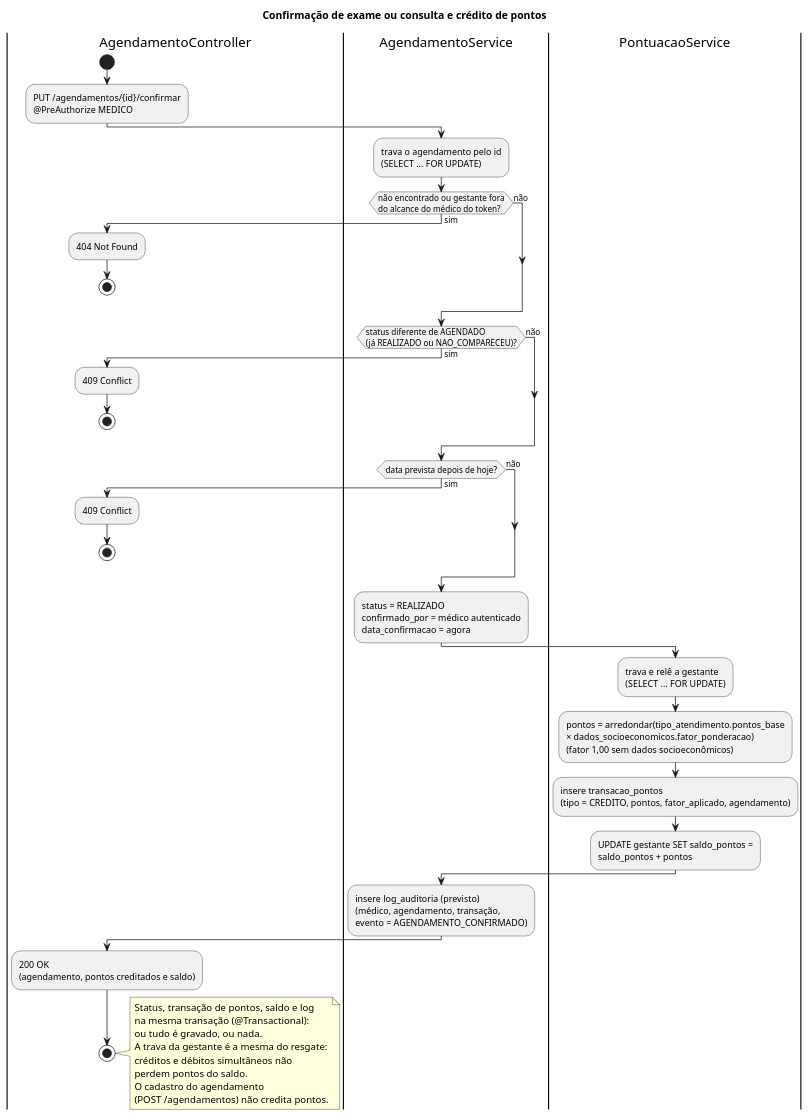
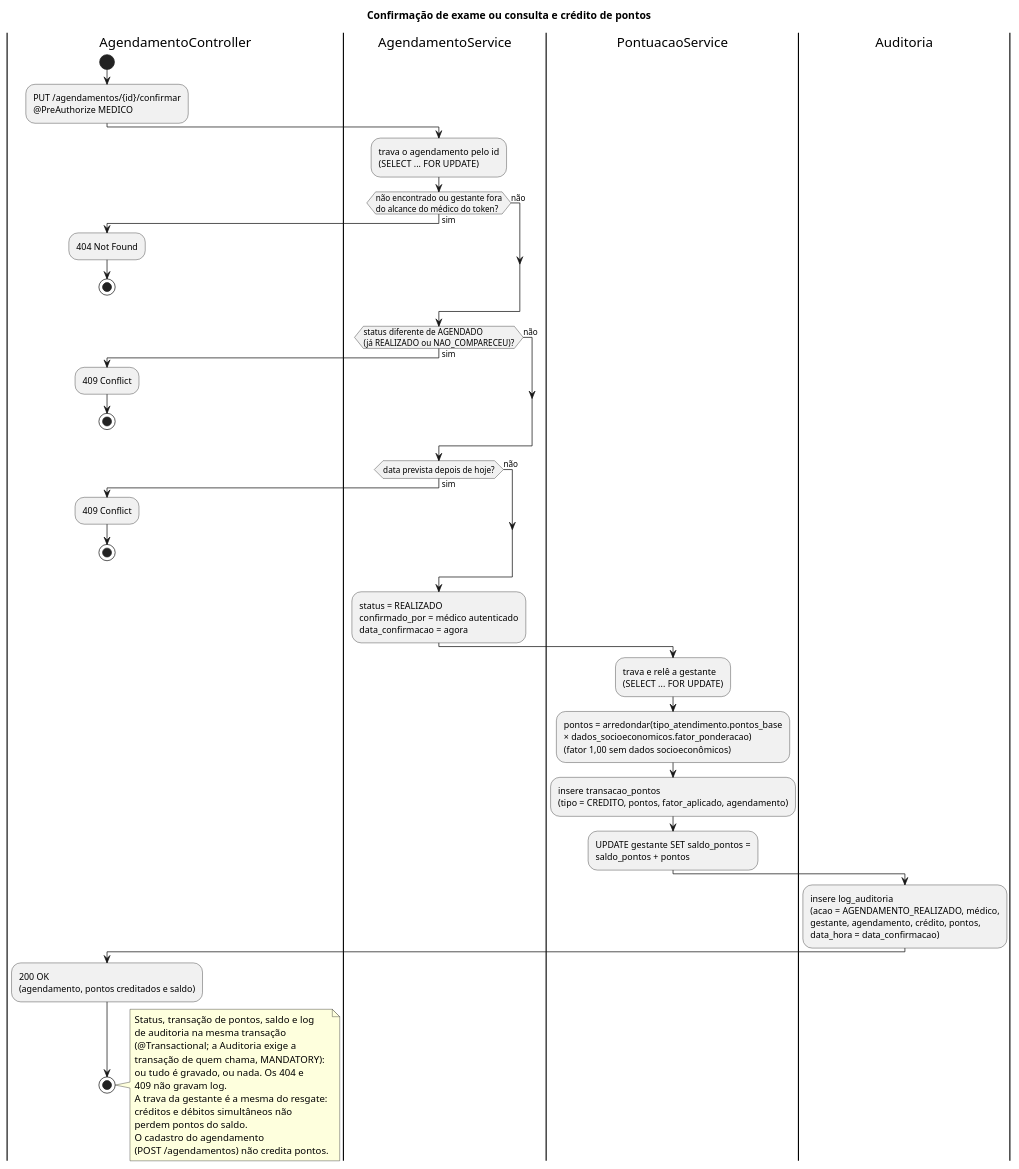
Before and after one commit to CozyShelf/previna-backend: the diagram in docs/implementation-diagrams/confirmacao-pontos/confirmacao-pontos.puml, drawn with PlantUML. The commit also changed 17 other files, not shown here.

Commit message:
docs: log de auditoria no README, nos diagramas de sequência e no modelo lógico

```diff
--- a/docs/implementation-diagrams/confirmacao-pontos/confirmacao-pontos.puml
+++ b/docs/implementation-diagrams/confirmacao-pontos/confirmacao-pontos.puml
@@ -1,74 +1,78 @@
 @startuml confirmacao-pontos
 title Confirmação de exame ou consulta e crédito de pontos
 
 |AgendamentoController|
 start
 :PUT /agendamentos/{id}/confirmar
 @PreAuthorize MEDICO;
 
 |AgendamentoService|
 :trava o agendamento pelo id
 (SELECT ... FOR UPDATE);
 if (não encontrado ou gestante fora
 do alcance do médico do token?) then (sim)
   |AgendamentoController|
   :404 Not Found;
   stop
 else (não)
 endif
 
 |AgendamentoService|
 if (status diferente de AGENDADO
 (já REALIZADO ou NAO_COMPARECEU)?) then (sim)
   |AgendamentoController|
   :409 Conflict;
   stop
 else (não)
 endif
 
 |AgendamentoService|
 if (data prevista depois de hoje?) then (sim)
   |AgendamentoController|
   :409 Conflict;
   stop
 else (não)
 endif
 
 |AgendamentoService|
 :status = REALIZADO
 confirmado_por = médico autenticado
 data_confirmacao = agora;
 
 |PontuacaoService|
 :trava e relê a gestante
 (SELECT ... FOR UPDATE);
 :pontos = arredondar(tipo_atendimento.pontos_base
 × dados_socioeconomicos.fator_ponderacao)
 (fator 1,00 sem dados socioeconômicos);
 :insere transacao_pontos
 (tipo = CREDITO, pontos, fator_aplicado, agendamento);
 :UPDATE gestante SET saldo_pontos =
 saldo_pontos + pontos;
 
-|AgendamentoService|
-:insere log_auditoria (previsto)
-(médico, agendamento, transação,
-evento = AGENDAMENTO_CONFIRMADO);
+|Auditoria|
+:insere log_auditoria
+(acao = AGENDAMENTO_REALIZADO, médico,
+gestante, agendamento, crédito, pontos,
+data_hora = data_confirmacao);
 
 |AgendamentoController|
 :200 OK
 (agendamento, pontos creditados e saldo);
 stop
 
 note right
   Status, transação de pontos, saldo e log
-  na mesma transação (@Transactional):
-  ou tudo é gravado, ou nada.
+  de auditoria na mesma transação
+  (@Transactional; a Auditoria exige a
+  transação de quem chama, MANDATORY):
+  ou tudo é gravado, ou nada. Os 404 e
+  409 não gravam log.
   A trava da gestante é a mesma do resgate:
   créditos e débitos simultâneos não
   perdem pontos do saldo.
   O cadastro do agendamento
   (POST /agendamentos) não credita pontos.
 end note
 
 @enduml
```
